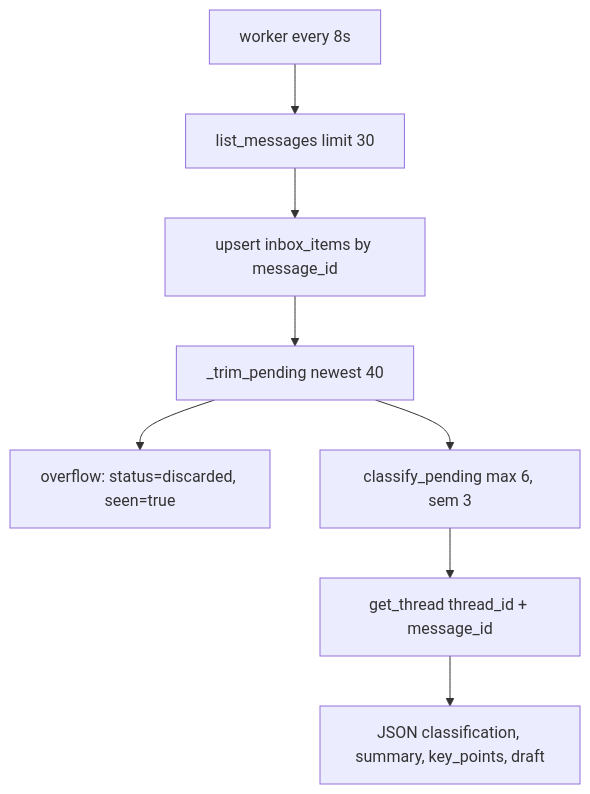
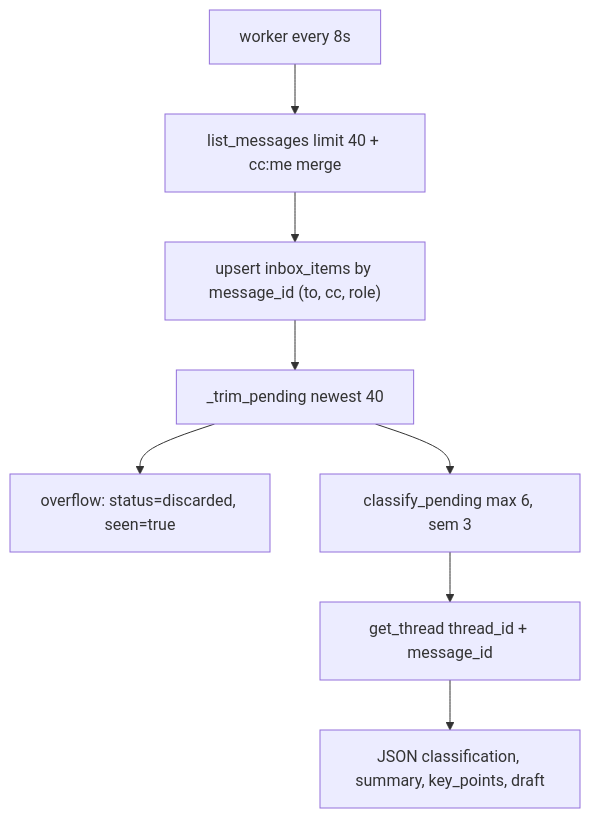
One commit to specialshweta26/Checkme changed the fourth of 4 diagrams in docs/LLD.md. Above: the diagram before and after it, drawn with Mermaid. The commit also changed other lines of this file and 3 other files, not shown here.

Commit message:
Document CC/BCC ingest, briefing, and send in README, HLD, LLD, and diagrams.

````diff
--- a/docs/LLD.md
+++ b/docs/LLD.md
@@ -254,10 +256,10 @@
 ```mermaid
 flowchart TD
-  Worker["worker every 8s"] --> List["list_messages limit 30"]
-  List --> Upsert["upsert inbox_items by message_id"]
+  Worker["worker every 8s"] --> List["list_messages limit 40 + cc:me merge"]
+  List --> Upsert["upsert inbox_items by message_id (to, cc, role)"]
   Upsert --> Trim["_trim_pending newest 40"]
   Trim --> Drop["overflow: status=discarded, seen=true"]
   Trim --> Class["classify_pending max 6, sem 3"]
   Class --> Thread["get_thread thread_id + message_id"]
   Thread --> LLM["JSON classification, summary, key_points, draft"]
 ```
````
